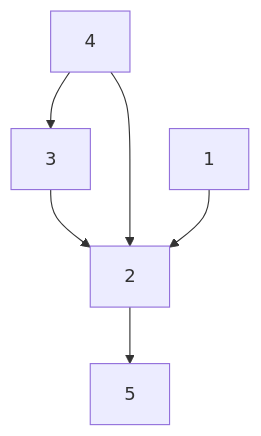
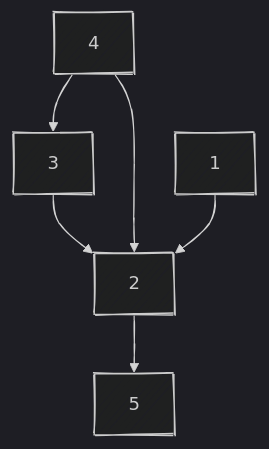
One commit to SoftHamzzi/SoftHamzzi.github.io changed the diagram in _posts/ps/programmers/2025-11-16-pr49191.md. Above: the diagram before and after it, drawn with Mermaid. The commit also changed other lines of this file and 2 other files, not shown here.

Commit message:
fix: mermaid 포함 포스트 수정
- mermaid: true 삽입

````diff
--- a/_posts/ps/programmers/2025-11-16-pr49191.md
+++ b/_posts/ps/programmers/2025-11-16-pr49191.md
@@ -55,14 +57,16 @@
 ```mermaid
 ---
 config:
   layout: dagre
+  theme: dark
+  look: handDrawn
 ---
 flowchart TB
 
     A4["4"] --> A3["3"]
     A3 --> A2["2"]
     A4 --> A2
     A1["1"] --> A2
 
     A2 --> A5["5"]
 ```
````
